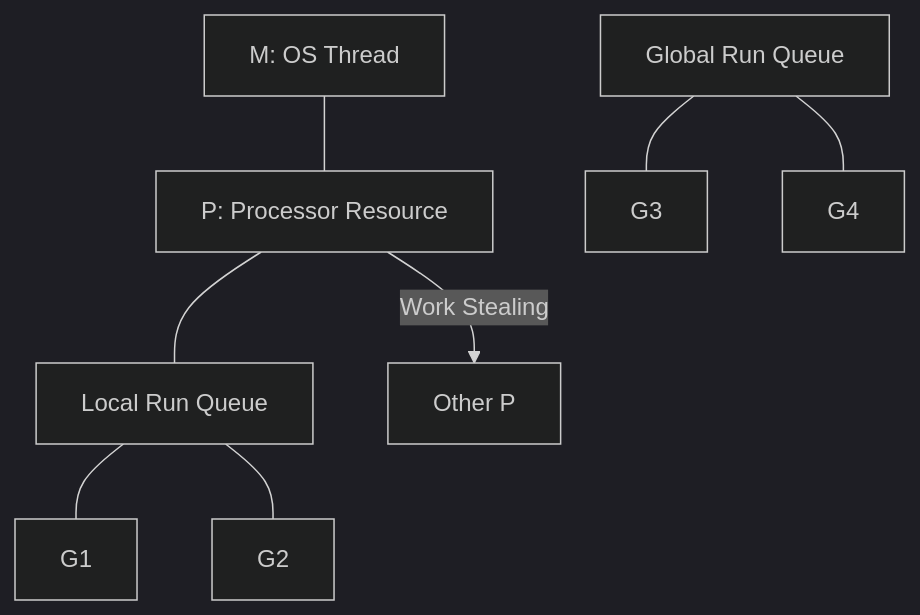
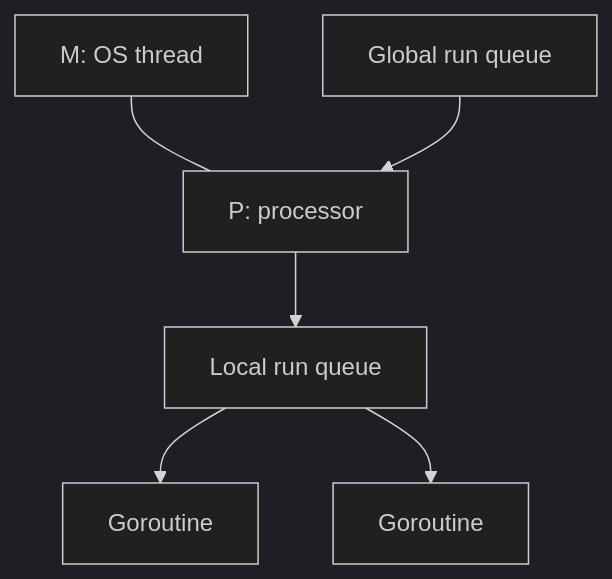
Before and after one commit to syahputrawork98-sketch/Golang-Knowledge-Base: the diagram in RAK-03-evolution/SR-05-internals/BK-02-scheduler/CH-01-gmp-model/README.md, drawn with Mermaid (dark theme). The commit also changed other lines of this file and 61 other files, not shown here.

````diff
--- a/RAK-03-evolution/SR-05-internals/BK-02-scheduler/CH-01-gmp-model/README.md
+++ b/RAK-03-evolution/SR-05-internals/BK-02-scheduler/CH-01-gmp-model/README.md
@@ -39,12 +35,8 @@
 ```mermaid
 graph TD
-    M[M: OS Thread] --- P[P: Processor Resource]
-    P --- LRQ[Local Run Queue]
-    LRQ --- G1[G1]
-    LRQ --- G2[G2]
-    
-    GRQ[Global Run Queue] --- G3[G3]
-    GRQ --- G4[G4]
-    
-    P -- Work Stealing --> P2[Other P]
+    P[P: processor] --> LRQ[Local run queue]
+    LRQ --> G1[Goroutine]
+    LRQ --> G2[Goroutine]
+    M[M: OS thread] --- P
+    GRQ[Global run queue] --> P
 ```
````
